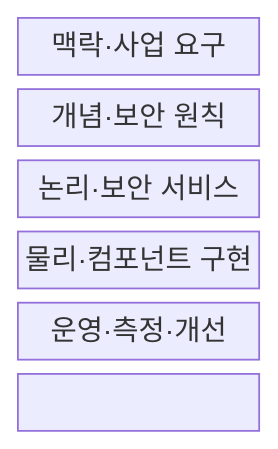
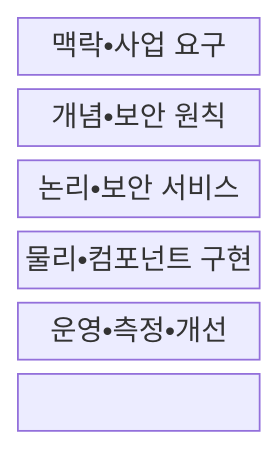
Before and after one commit to agnusdei1207/knowledge-base: the first of 2 diagrams in src/content/docs/notes/05-security/139_sabsa_security_architecture.md, drawn with Mermaid. The commit also changed other lines of this file and 953 other files, not shown here.

````diff
--- a/src/content/docs/notes/05-security/139_sabsa_security_architecture.md
+++ b/src/content/docs/notes/05-security/139_sabsa_security_architecture.md
@@ -64,11 +64,11 @@
 ```mermaid
 block-beta
   columns 1
-  C["맥락·사업 요구"]
-  N["개념·보안 원칙"]
-  L["논리·보안 서비스"]
-  P["물리·컴포넌트 구현"]
-  O["운영·측정·개선"]
+  C["맥락•사업 요구"]
+  N["개념•보안 원칙"]
+  L["논리•보안 서비스"]
+  P["물리•컴포넌트 구현"]
+  O["운영•측정•개선"]
   C --- N --- L
   L --- P --- O
 ```
````
